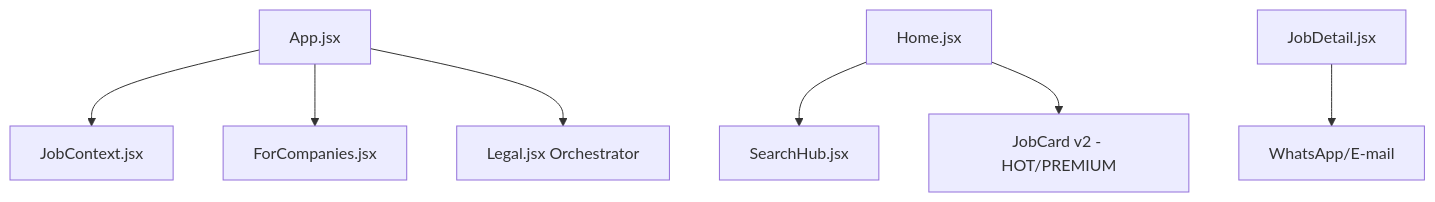
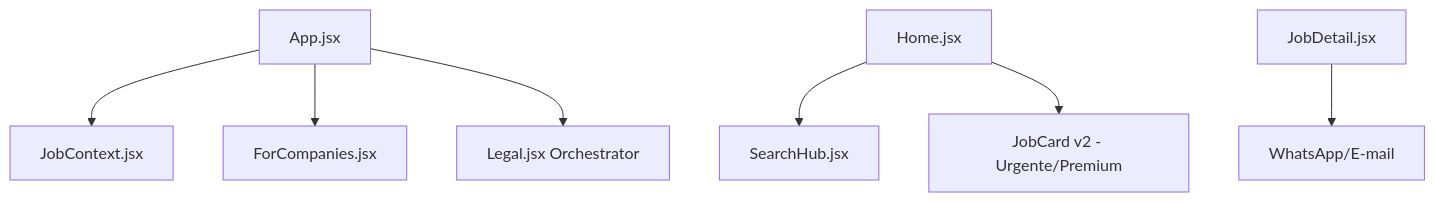
One commit to lukaslimna1/TrampoFacil changed the diagram in README.md. Above: the diagram before and after it, drawn with Mermaid. The commit also changed other lines of this file and 17 other files, not shown here.

Commit message:
feat: padronização visual Vaga Urgente e Destaque Premium, otimização de layout EditJob e sincronização de Stories Em Alta

````diff
--- a/README.md
+++ b/README.md
@@ -73,9 +73,9 @@
 ```mermaid
 graph TD
     App[App.jsx] --> Context[JobContext.jsx]
     App --> ForCompanies[ForCompanies.jsx]
     App --> Legal[Legal.jsx Orchestrator]
     Home[Home.jsx] --> Search[SearchHub.jsx]
-    Home --> Cards[JobCard v2 - HOT/PREMIUM]
+    Home --> Cards[JobCard v2 - Urgente/Premium]
     Detail[JobDetail.jsx] --> Apply[WhatsApp/E-mail]
 ```
````
